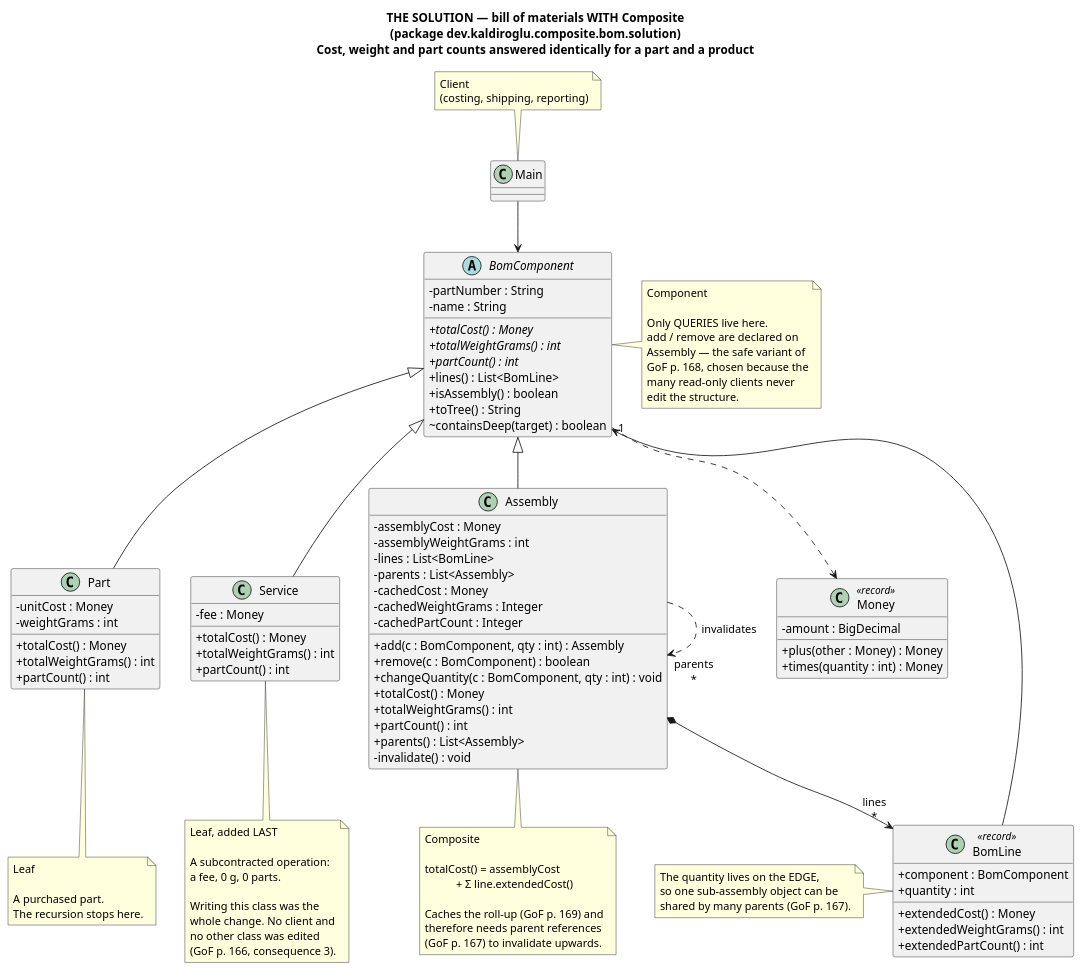
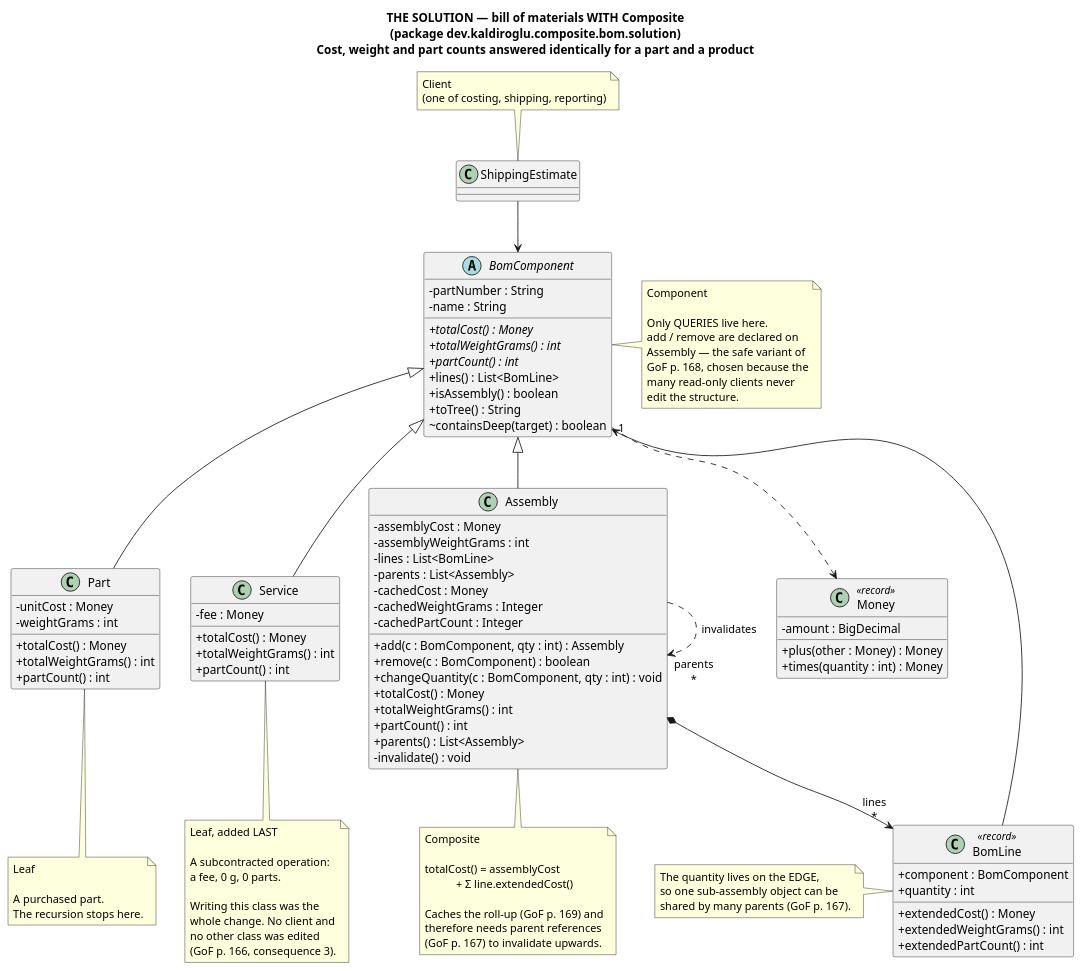
The diagram in src/main/java/dev/kaldiroglu/dp/structural/composite/bom/uml/composite-bom-solution.puml (kaldiroglu/DesignPatternsWithJava), drawn with PlantUML before and after one commit. The commit also changed 13 other files, not shown here.

Commit message:
Composite: a directory cannot move into its own subtree, add takes the child from its old parent, DiskReportMain prints the slide's totals, diagrams name real clients

```diff
--- a/src/main/java/dev/kaldiroglu/dp/structural/composite/bom/uml/composite-bom-solution.puml
+++ b/src/main/java/dev/kaldiroglu/dp/structural/composite/bom/uml/composite-bom-solution.puml
@@ -1,118 +1,118 @@
 @startuml Composite-BOM-Solution
 skinparam classAttributeIconSize 0
 title THE SOLUTION — bill of materials WITH Composite\n(package dev.kaldiroglu.composite.bom.solution)\nCost, weight and part counts answered identically for a part and a product
 
 abstract class BomComponent {
   - partNumber : String
   - name : String
   + {abstract} totalCost() : Money
   + {abstract} totalWeightGrams() : int
   + {abstract} partCount() : int
   + lines() : List<BomLine>
   + isAssembly() : boolean
   + toTree() : String
   ~ containsDeep(target) : boolean
 }
 note right of BomComponent
   Component
 
   Only QUERIES live here.
   add / remove are declared on
   Assembly — the safe variant of
   GoF p. 168, chosen because the
   many read-only clients never
   edit the structure.
 end note
 
 class Part {
   - unitCost : Money
   - weightGrams : int
   + totalCost() : Money
   + totalWeightGrams() : int
   + partCount() : int
 }
 note bottom of Part
   Leaf
 
   A purchased part.
   The recursion stops here.
 end note
 
 class Assembly {
   - assemblyCost : Money
   - assemblyWeightGrams : int
   - lines : List<BomLine>
   - parents : List<Assembly>
   - cachedCost : Money
   - cachedWeightGrams : Integer
   - cachedPartCount : Integer
   + add(c : BomComponent, qty : int) : Assembly
   + remove(c : BomComponent) : boolean
   + changeQuantity(c : BomComponent, qty : int) : void
   + totalCost() : Money
   + totalWeightGrams() : int
   + partCount() : int
   + parents() : List<Assembly>
   - invalidate() : void
 }
 note bottom of Assembly
   Composite
 
   totalCost() = assemblyCost
              + Σ line.extendedCost()
 
   Caches the roll-up (GoF p. 169) and
   therefore needs parent references
   (GoF p. 167) to invalidate upwards.
 end note
 
 class Service {
   - fee : Money
   + totalCost() : Money
   + totalWeightGrams() : int
   + partCount() : int
 }
 note bottom of Service
   Leaf, added LAST
 
   A subcontracted operation:
   a fee, 0 g, 0 parts.
 
   Writing this class was the
   whole change. No client and
   no other class was edited
   (GoF p. 166, consequence 3).
 end note
 
 class BomLine <<record>> {
   + component : BomComponent
   + quantity : int
   + extendedCost() : Money
   + extendedWeightGrams() : int
   + extendedPartCount() : int
 }
 note left of BomLine
   The quantity lives on the EDGE,
   so one sub-assembly object can be
   shared by many parents (GoF p. 167).
 end note
 
 class Money <<record>> {
   - amount : BigDecimal
   + plus(other : Money) : Money
   + times(quantity : int) : Money
 }
 
-class Main
-note top of Main : Client\n(costing, shipping, reporting)
+class ShippingEstimate
+note top of ShippingEstimate : Client\n(one of costing, shipping, reporting)
 
-Main --> BomComponent
+ShippingEstimate --> BomComponent
 BomComponent <|-- Part
 BomComponent <|-- Service
 BomComponent <|-- Assembly
 Assembly *--> "lines\n*" BomLine
 BomLine --> "1" BomComponent
 Assembly ..> "parents\n*" Assembly : invalidates
 BomComponent ..> Money
 
 @enduml
```
